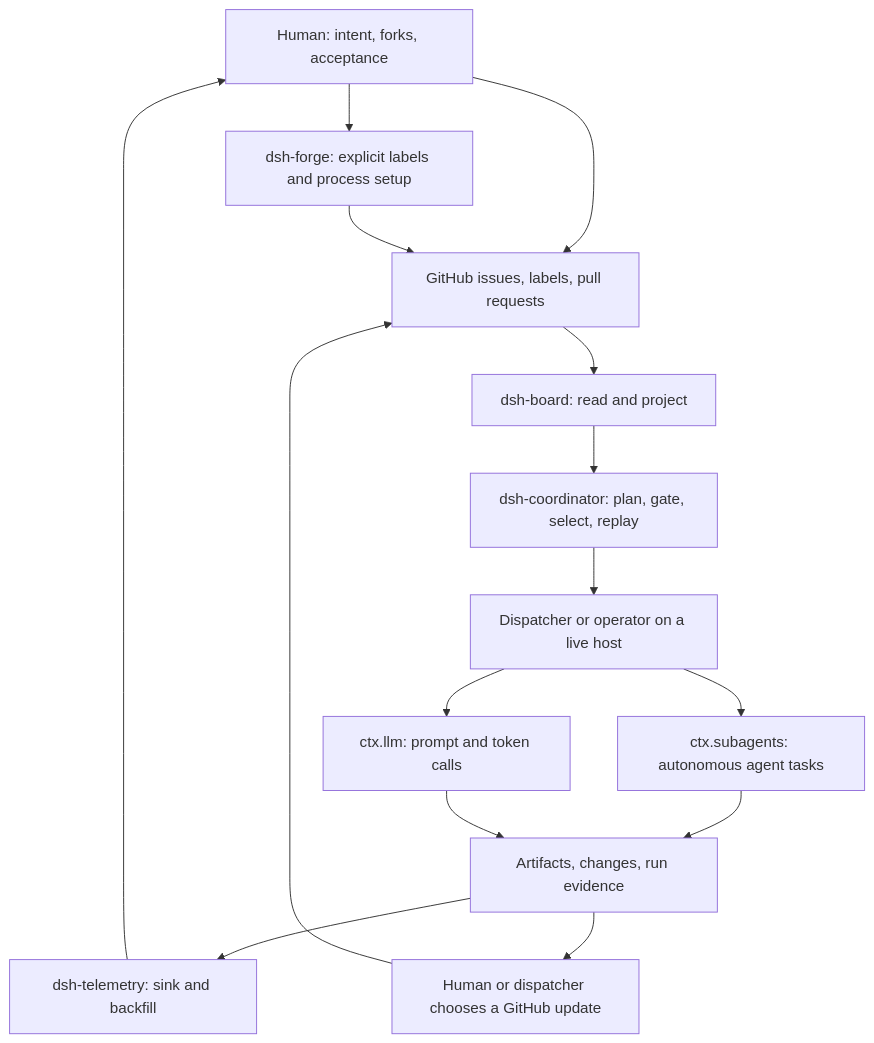
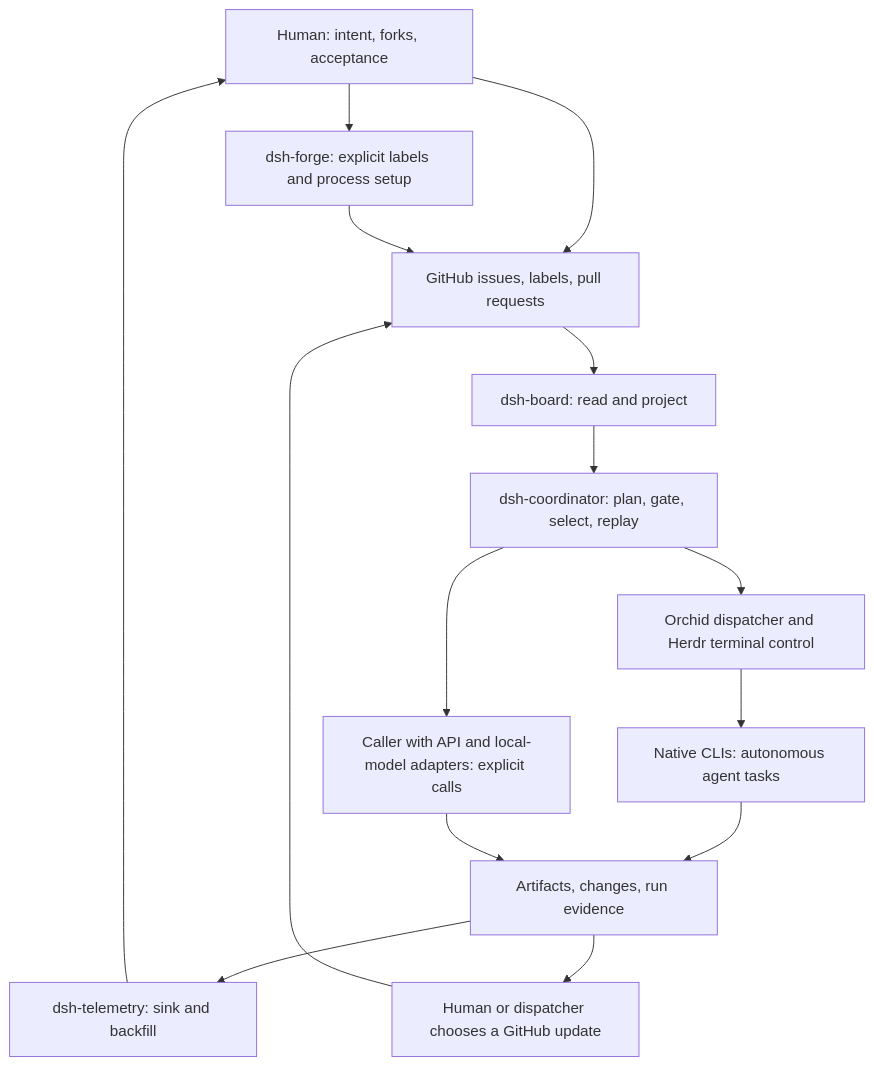
The diagram in README.md (rickylabs/harness), drawn with Mermaid before and after one commit. The commit also changed other lines of this file and 38 other files, not shown here.

Commit message:
docs: establish Harness identity on Orchid and Herdr (#574)

````diff
--- a/README.md
+++ b/README.md
@@ -50,17 +52,17 @@
 ```mermaid
 flowchart TD
   H[Human: intent, forks, acceptance] --> G[GitHub issues, labels, pull requests]
   H --> F[dsh-forge: explicit labels and process setup]
   F --> G
   G --> B[dsh-board: read and project]
   B --> C[dsh-coordinator: plan, gate, select, replay]
-  C --> D[Dispatcher or operator on a live host]
-  D --> S[ctx.subagents: autonomous agent tasks]
-  D --> L[ctx.llm: prompt and token calls]
+  C --> D[Orchid dispatcher and Herdr terminal control]
+  D --> S[Native CLIs: autonomous agent tasks]
+  C --> L[Caller with API and local-model adapters: explicit calls]
   S --> E[Artifacts, changes, run evidence]
   L --> E
   E --> T[dsh-telemetry: sink and backfill]
   T --> H
   E --> A[Human or dispatcher chooses a GitHub update]
   A --> G
 ```
````
